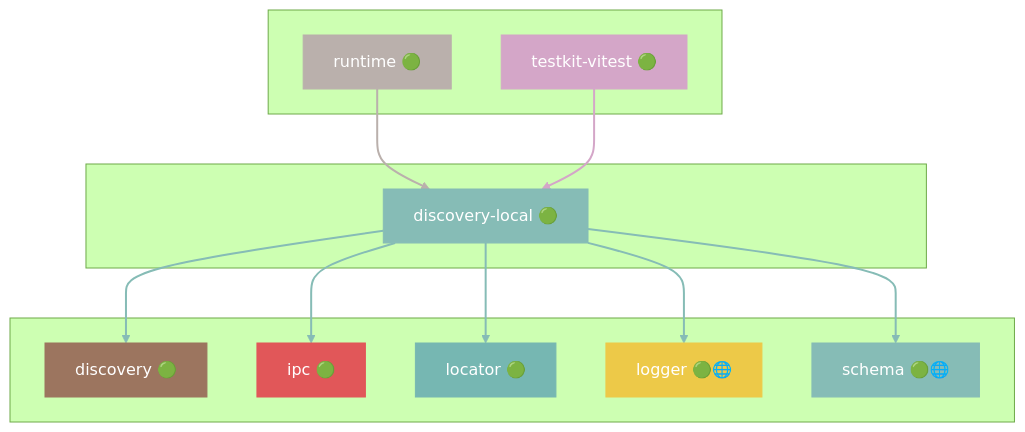
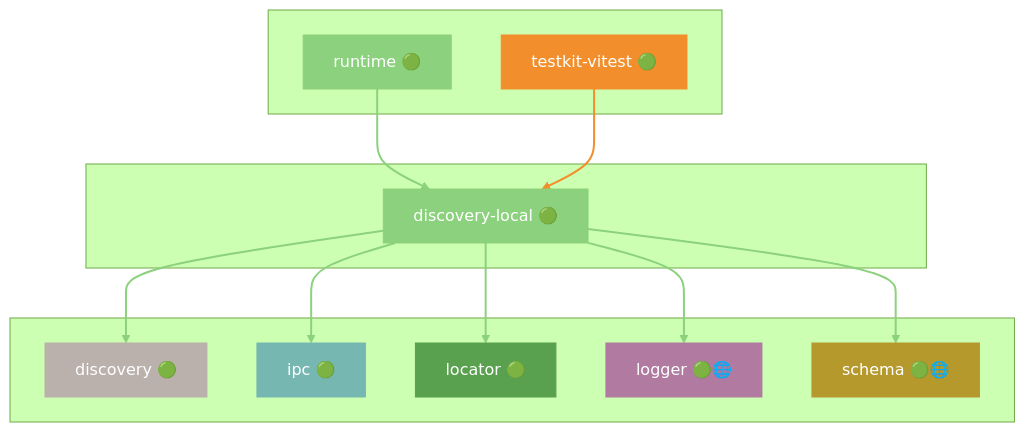
Diagram 13 of 42 in docs/DEPENDENCIES.md (grest-ts/grest-ts), drawn with Mermaid (forest theme) before and after one commit. The commit also changed other lines of this file and 11 other files, not shown here.

````diff
--- a/docs/DEPENDENCIES.md
+++ b/docs/DEPENDENCIES.md
@@ -711,39 +765,39 @@
 ```mermaid
 flowchart TB
     subgraph Dependents[" "]
         runtime["runtime 🟢"]
         testkit-vitest["testkit-vitest 🟢"]
     end
     subgraph Package[" "]
         discovery-local["discovery-local 🟢"]
     end
     subgraph Dependencies[" "]
         discovery["discovery 🟢"]
         ipc["ipc 🟢"]
         locator["locator 🟢"]
         logger["logger 🟢🌐"]
         schema["schema 🟢🌐"]
     end
     runtime --> discovery-local
     testkit-vitest --> discovery-local
     discovery-local --> discovery
     discovery-local --> ipc
     discovery-local --> locator
     discovery-local --> logger
     discovery-local --> schema
-    style discovery-local fill:#86BCB6,stroke:#86BCB6,color:#fff
-    style runtime fill:#BAB0AC,stroke:#BAB0AC,color:#fff
-    style testkit-vitest fill:#D4A6C8,stroke:#D4A6C8,color:#fff
-    style discovery fill:#9C755F,stroke:#9C755F,color:#fff
-    style ipc fill:#E15759,stroke:#E15759,color:#fff
-    style locator fill:#76B7B2,stroke:#76B7B2,color:#fff
-    style logger fill:#EDC948,stroke:#EDC948,color:#fff
-    style schema fill:#86BCB6,stroke:#86BCB6,color:#fff
-    linkStyle 0 stroke:#BAB0AC,stroke-width:2px
-    linkStyle 1 stroke:#D4A6C8,stroke-width:2px
-    linkStyle 2 stroke:#86BCB6,stroke-width:2px
-    linkStyle 3 stroke:#86BCB6,stroke-width:2px
-    linkStyle 4 stroke:#86BCB6,stroke-width:2px
-    linkStyle 5 stroke:#86BCB6,stroke-width:2px
-    linkStyle 6 stroke:#86BCB6,stroke-width:2px
+    style discovery-local fill:#8CD17D,stroke:#8CD17D,color:#fff
+    style runtime fill:#8CD17D,stroke:#8CD17D,color:#fff
+    style testkit-vitest fill:#F28E2B,stroke:#F28E2B,color:#fff
+    style discovery fill:#BAB0AC,stroke:#BAB0AC,color:#fff
+    style ipc fill:#76B7B2,stroke:#76B7B2,color:#fff
+    style locator fill:#59A14F,stroke:#59A14F,color:#fff
+    style logger fill:#B07AA1,stroke:#B07AA1,color:#fff
+    style schema fill:#B6992D,stroke:#B6992D,color:#fff
+    linkStyle 0 stroke:#8CD17D,stroke-width:2px
+    linkStyle 1 stroke:#F28E2B,stroke-width:2px
+    linkStyle 2 stroke:#8CD17D,stroke-width:2px
+    linkStyle 3 stroke:#8CD17D,stroke-width:2px
+    linkStyle 4 stroke:#8CD17D,stroke-width:2px
+    linkStyle 5 stroke:#8CD17D,stroke-width:2px
+    linkStyle 6 stroke:#8CD17D,stroke-width:2px
 ```
````
